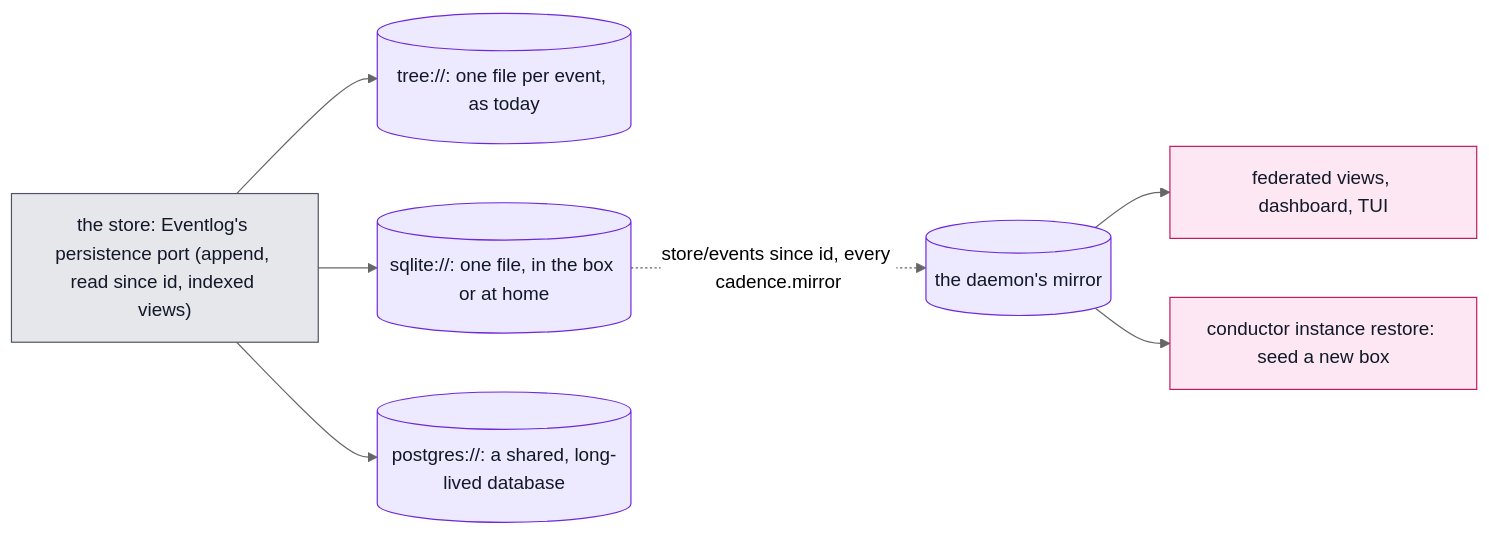
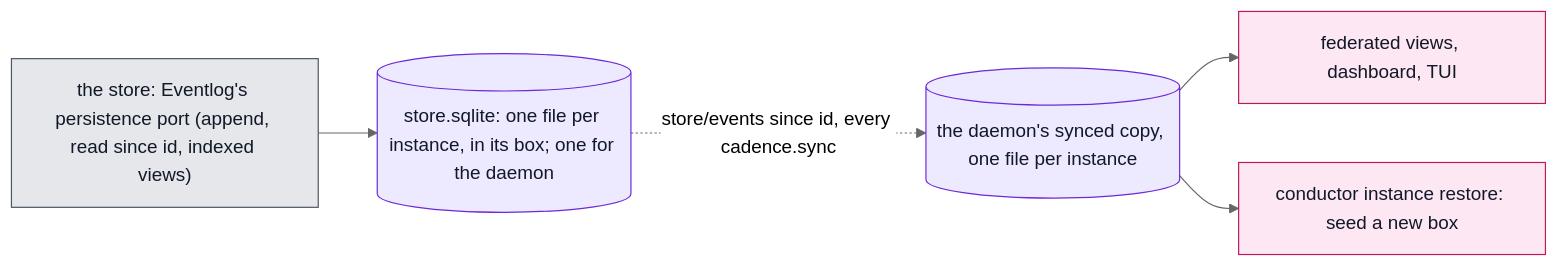
One commit to beyond10x/conductor changed the eighth of 12 diagrams in website/docs/concepts/architecture.md. Above: the diagram before and after it, drawn with Mermaid (neutral theme). The commit also changed other lines of this file and 1 other file, not shown here.

First line of the commit message:
design: the daemon on a remote box, the token pool, actors by type, the Claude app as a UI

````diff
--- a/website/docs/concepts/architecture.md
+++ b/website/docs/concepts/architecture.md
@@ -442,14 +470,12 @@
 ```mermaid
 flowchart LR
   classDef store fill:#ede9fe,stroke:#6d28d9,color:#111827
   classDef model fill:#dcfce7,stroke:#15803d,color:#111827
   classDef nomodel fill:#e5e7eb,stroke:#4b5563,color:#111827
   classDef cmd fill:#fce7f3,stroke:#be185d,color:#111827
   t["the store: Eventlog's persistence port (append, read since id, indexed views)"]:::nomodel
-  t --> tree[("tree://: one file per event, as today")]:::store
-  t --> sq[("sqlite://: one file, in the box or at home")]:::store
-  t --> pg[("postgres://: a shared, long-lived database")]:::store
-  sq -.->|store/events since id, every cadence.mirror| mirror[("the daemon's mirror")]:::store
-  mirror --> ui["federated views, dashboard, TUI"]:::cmd
-  mirror --> restore["conductor instance restore: seed a new box"]:::cmd
+  t --> sq[("store.sqlite: one file per instance, in its box; one for the daemon")]:::store
+  sq -.->|store/events since id, every cadence.sync| sync[("the daemon's synced copy, one file per instance")]:::store
+  sync --> ui["federated views, dashboard, TUI"]:::cmd
+  sync --> restore["conductor instance restore: seed a new box"]:::cmd
 ```
````
